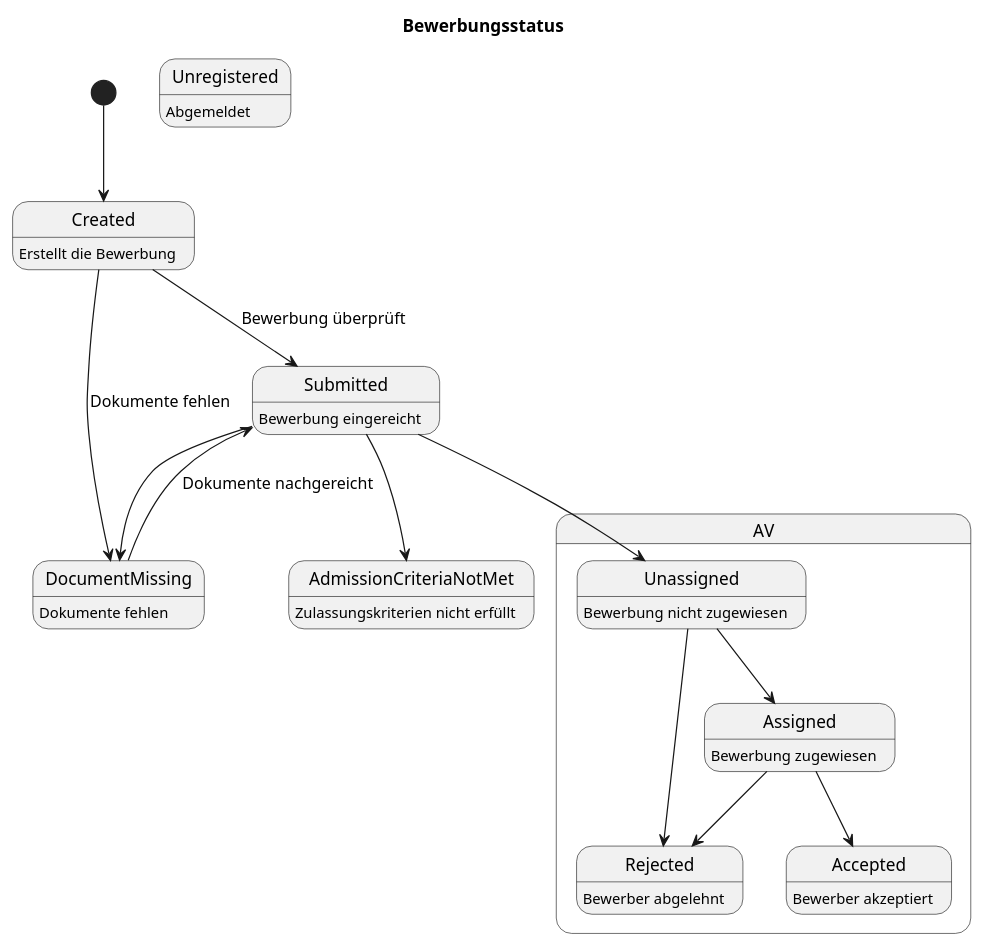
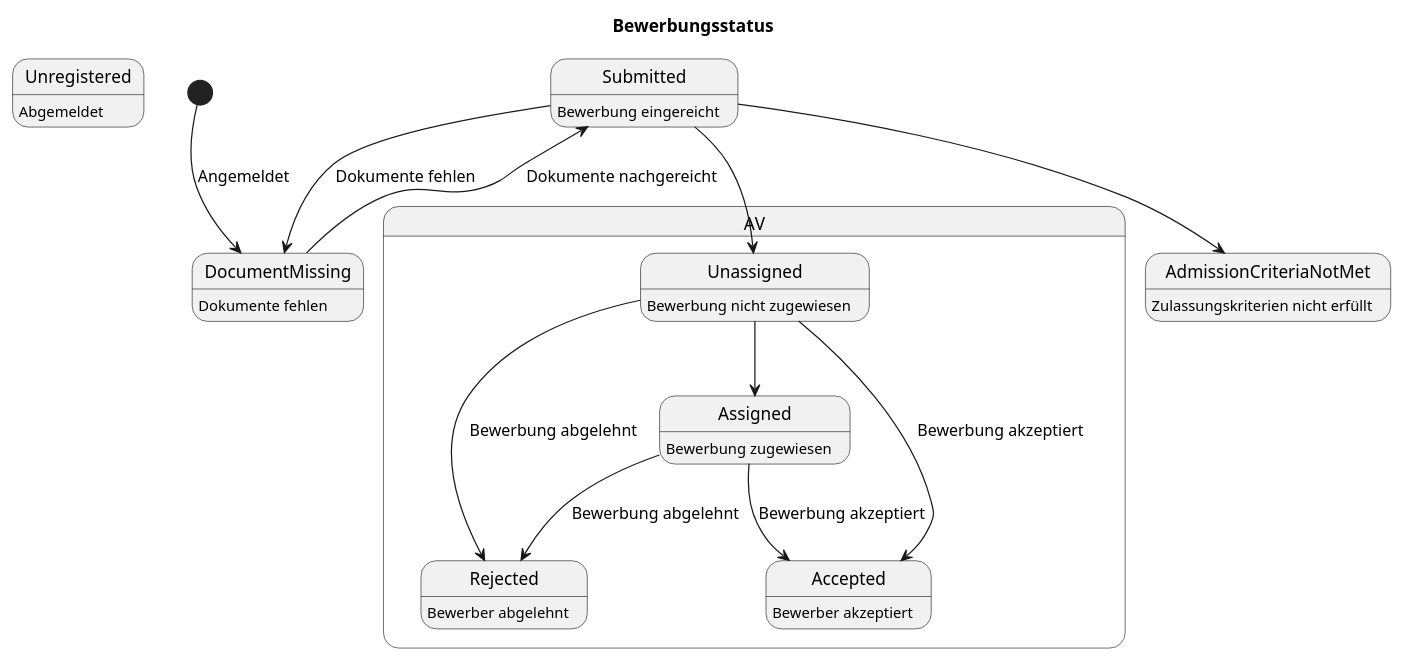
The diagram in stake-doc/status.puml (RegisterPlatform/Documentation), drawn with PlantUML before and after one commit.

Commit message:
update puml

```diff
--- a/stake-doc/status.puml
+++ b/stake-doc/status.puml
@@ -1,31 +1,28 @@
 @startuml
 title Bewerbungsstatus
 
-state Created : Erstellt die Bewerbung
 state Unregistered : Abgemeldet
 state Submitted : Bewerbung eingereicht
 state DocumentMissing : Dokumente fehlen
 state AdmissionCriteriaNotMet : Zulassungskriterien nicht erfüllt
 
-[*] --> Created
-
-Created --> DocumentMissing : Dokumente fehlen
-Created --> Submitted : Bewerbung überprüft
+[*] --> DocumentMissing : Angemeldet
 DocumentMissing --> Submitted : Dokumente nachgereicht
 
 state "AV" as AV {
     state Unassigned : Bewerbung nicht zugewiesen
     state Rejected : Bewerber abgelehnt
     state Accepted : Bewerber akzeptiert
     state Assigned : Bewerbung zugewiesen
 }
 
 Submitted --> Unassigned
-Submitted --> DocumentMissing
+Submitted --> DocumentMissing : Dokumente fehlen
 Submitted --> AdmissionCriteriaNotMet
 Unassigned --> Assigned
-Unassigned --> Rejected
-Assigned --> Rejected
-Assigned --> Accepted
+Unassigned --> Rejected : Bewerbung abgelehnt
+Unassigned --> Accepted : Bewerbung akzeptiert
+Assigned --> Rejected : Bewerbung abgelehnt
+Assigned --> Accepted : Bewerbung akzeptiert
 
 @enduml
```
